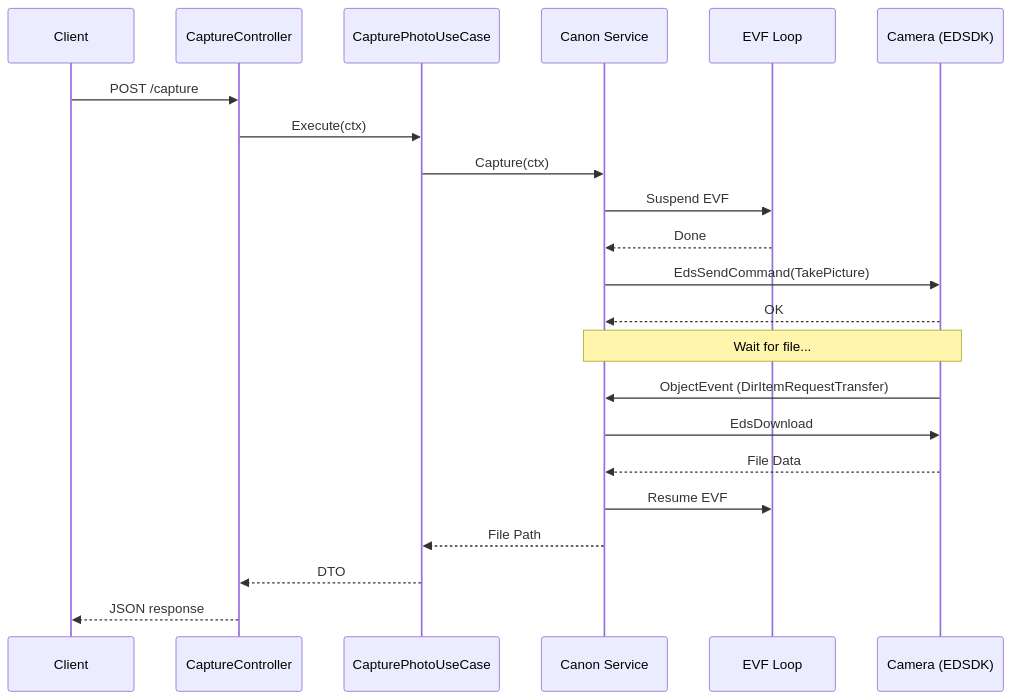
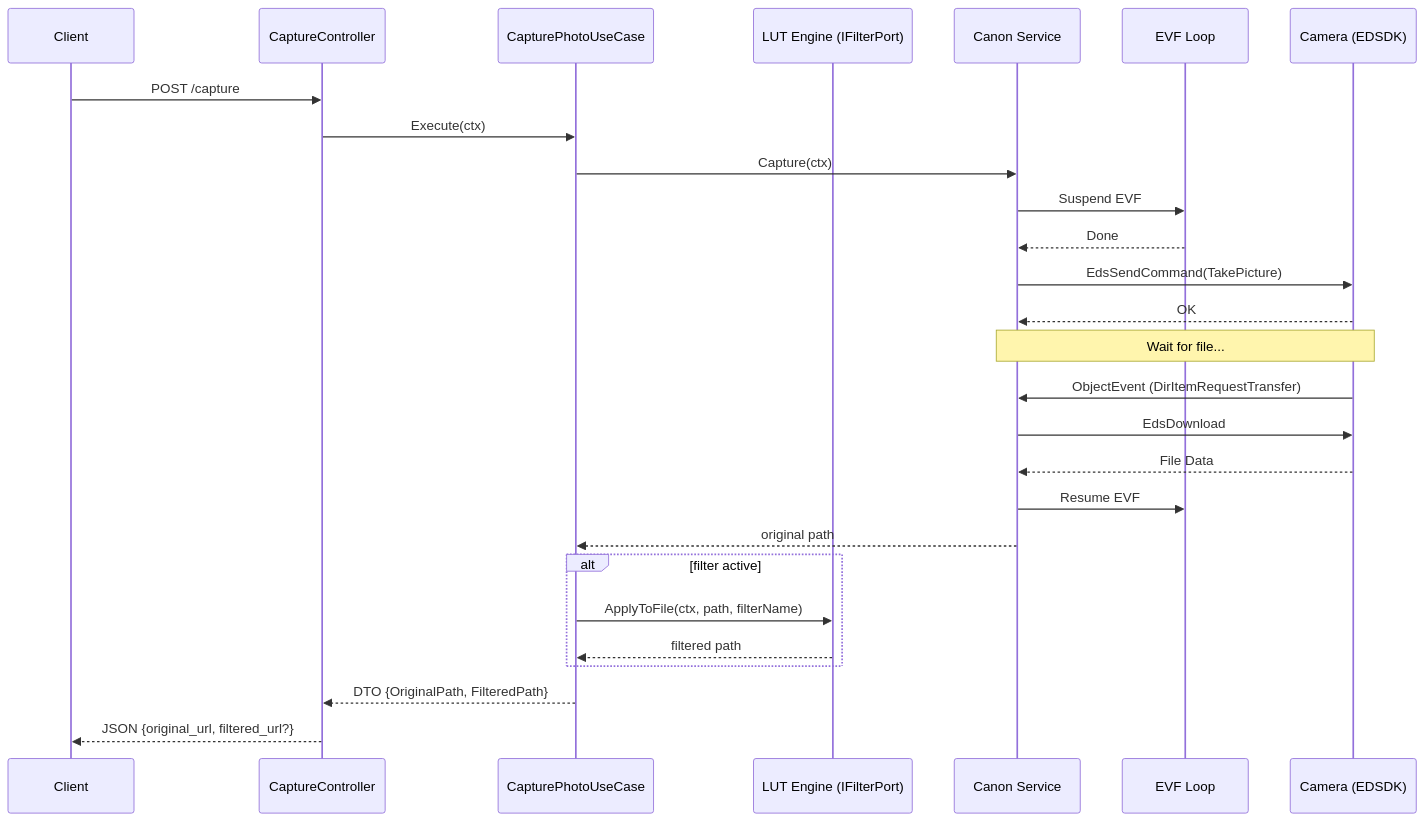
The sixth of 7 diagrams in ARCHITECTURE.md (AndreaLlerena2003/photoboot-picstop), drawn with Mermaid before and after one commit. The commit also changed other lines of this file and 17 other files, not shown here.

````diff
--- a/ARCHITECTURE.md
+++ b/ARCHITECTURE.md
@@ -241,24 +314,29 @@
 ```mermaid
 sequenceDiagram
     participant C as Client
     participant H as CaptureController
     participant U as CapturePhotoUseCase
+    participant F as LUT Engine (IFilterPort)
     participant S as Canon Service
     participant E as EVF Loop
     participant CAM as Camera (EDSDK)
     C ->> H: POST /capture
     H ->> U: Execute(ctx)
     U ->> S: Capture(ctx)
     S ->> E: Suspend EVF
     E -->> S: Done
     S ->> CAM: EdsSendCommand(TakePicture)
     CAM -->> S: OK
     Note over S, CAM: Wait for file...
     CAM ->> S: ObjectEvent (DirItemRequestTransfer)
     S ->> CAM: EdsDownload
     CAM -->> S: File Data
     S ->> E: Resume EVF
-    S -->> U: File Path
-    U -->> H: DTO
-    H -->> C: JSON response
+    S -->> U: original path
+    alt filter active
+        U ->> F: ApplyToFile(ctx, path, filterName)
+        F -->> U: filtered path
+    end
+    U -->> H: DTO {OriginalPath, FilteredPath}
+    H -->> C: JSON {original_url, filtered_url?}
 ```
````
